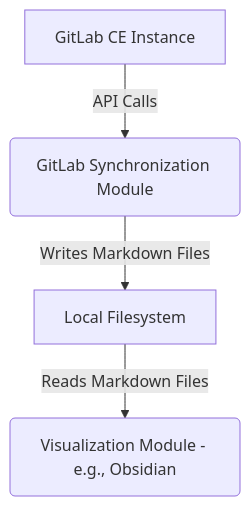
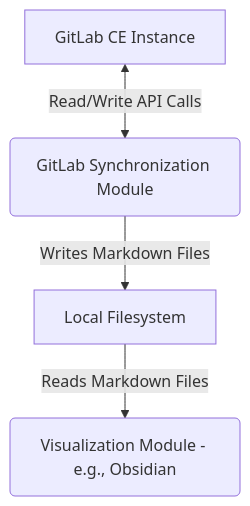
Before and after one commit to atistrcsn/user-story-map-ai-assistant: the diagram in docs/architecture-design-document.md, drawn with Mermaid. The commit also changed other lines of this file and 3 other files, not shown here.

````diff
--- a/docs/architecture-design-document.md
+++ b/docs/architecture-design-document.md
@@ -24,6 +24,6 @@
 ```mermaid
 graph TD
-    A[GitLab CE Instance] -- API Calls --> B(GitLab Synchronization Module)
+    A[GitLab CE Instance] <-->|Read/Write API Calls| B(GitLab Synchronization Module)
     B -- Writes Markdown Files --> C[Local Filesystem]
     C -- Reads Markdown Files --> D(Visualization Module - e.g., Obsidian)
 ```
````
